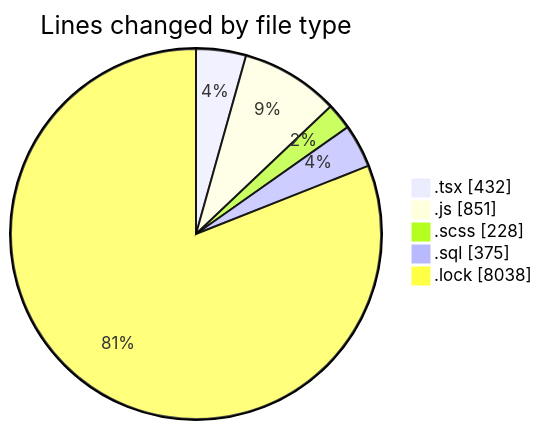
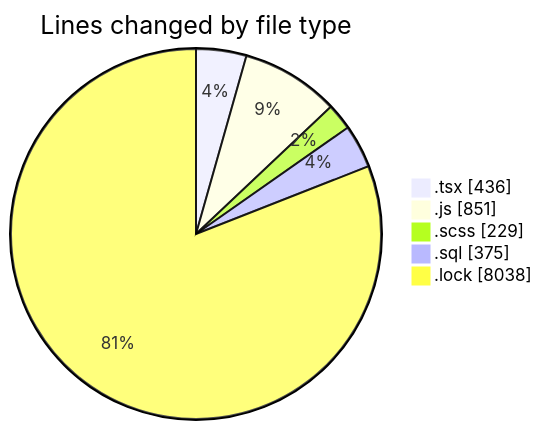
One commit to momahboobian/code-tracking changed the first of 2 diagrams in 2025-03-18/cda/README.md. Above: the diagram before and after it, drawn with Mermaid. The commit also changed other lines of this file and 1 other file, not shown here.

````diff
--- a/2025-03-18/cda/README.md
+++ b/2025-03-18/cda/README.md
@@ -30,9 +30,9 @@
 ```mermaid
 pie showData
 title Lines changed by file type
-".tsx" : 432
+".tsx" : 436
 ".js" : 851
-".scss" : 228
+".scss" : 229
 ".sql" : 375
 ".lock" : 8038
 ```
````
